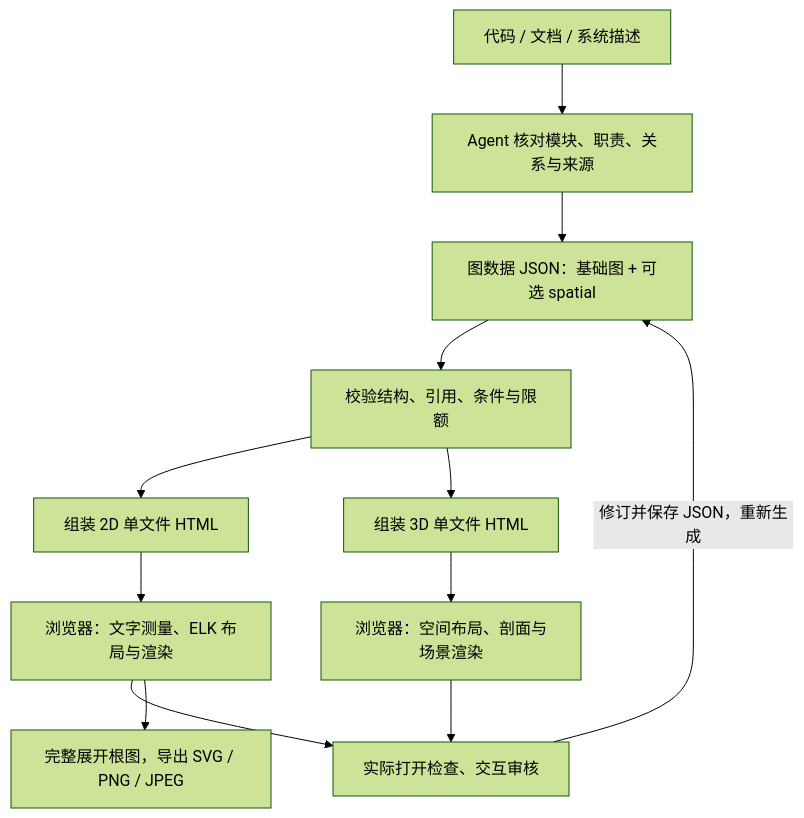
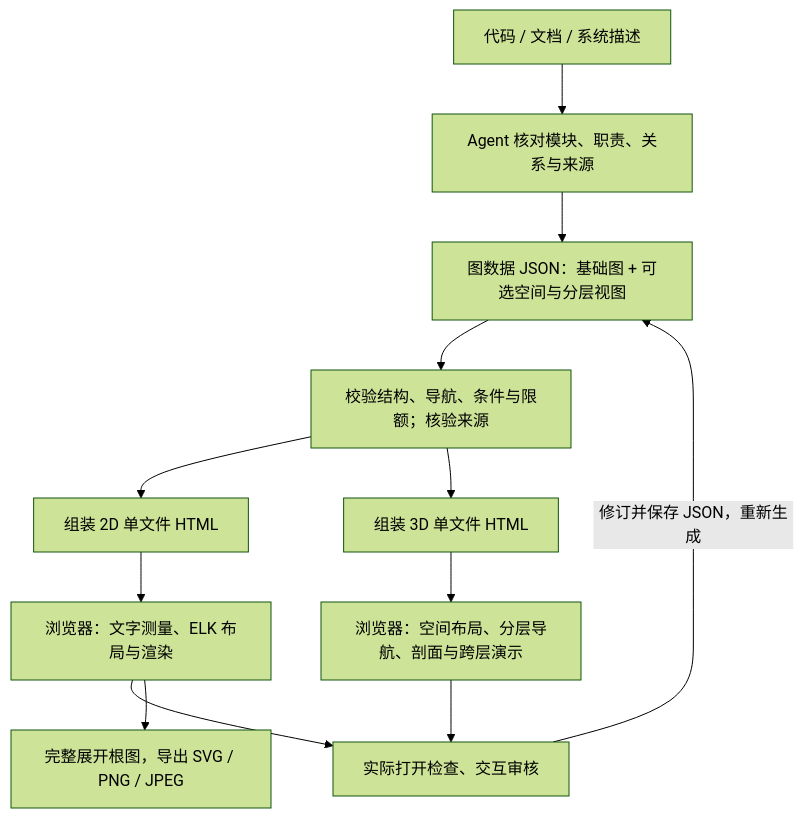
Before and after one commit to JX05120LLL/3D-System-Flow: the diagram in README.md, drawn with Mermaid (forest theme). The commit also changed other lines of this file and 46 other files, not shown here.

````diff
--- a/README.md
+++ b/README.md
@@ -62,14 +69,14 @@
 ```mermaid
 flowchart TD
     A["代码 / 文档 / 系统描述"] --> B["Agent 核对模块、职责、关系与来源"]
-    B --> C["图数据 JSON：基础图 + 可选 spatial"]
-    C --> D["校验结构、引用、条件与限额"]
+    B --> C["图数据 JSON：基础图 + 可选空间与分层视图"]
+    C --> D["校验结构、导航、条件与限额；核验来源"]
     D --> E["组装 2D 单文件 HTML"]
     D --> F["组装 3D 单文件 HTML"]
     E --> G["浏览器：文字测量、ELK 布局与渲染"]
-    F --> H["浏览器：空间布局、剖面与场景渲染"]
+    F --> H["浏览器：空间布局、分层导航、剖面与跨层演示"]
     G --> I["实际打开检查、交互审核"]
     H --> I
     I -->|"修订并保存 JSON，重新生成"| C
     G --> J["完整展开根图，导出 SVG / PNG / JPEG"]
 ```
````
